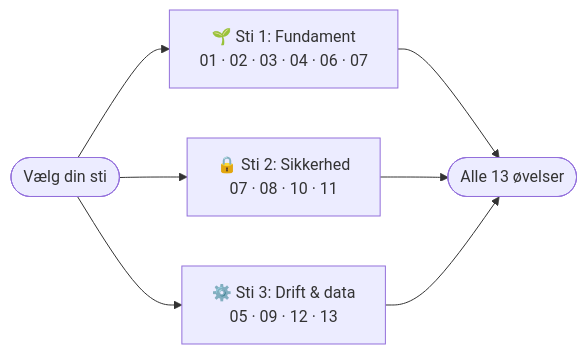
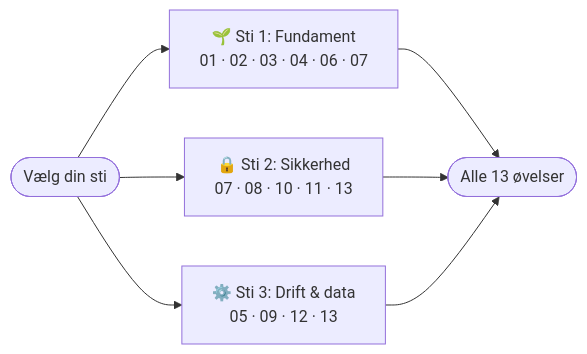
The diagram in README.md (andracs/postgres-sec-exercises), drawn with Mermaid before and after one commit. The commit also changed other lines of this file and 13 other files, not shown here.

````diff
--- a/README.md
+++ b/README.md
@@ -31,9 +31,9 @@
 ```mermaid
 flowchart LR
     Start([Vælg din sti]) --> P1["🌱 Sti 1: Fundament<br/>01 · 02 · 03 · 04 · 06 · 07"]
-    Start --> P2["🔒 Sti 2: Sikkerhed<br/>07 · 08 · 10 · 11"]
+    Start --> P2["🔒 Sti 2: Sikkerhed<br/>07 · 08 · 10 · 11 · 13"]
     Start --> P3["⚙️ Sti 3: Drift & data<br/>05 · 09 · 12 · 13"]
     P1 --> Done([Alle 13 øvelser])
     P2 --> Done
     P3 --> Done
 ```
````
